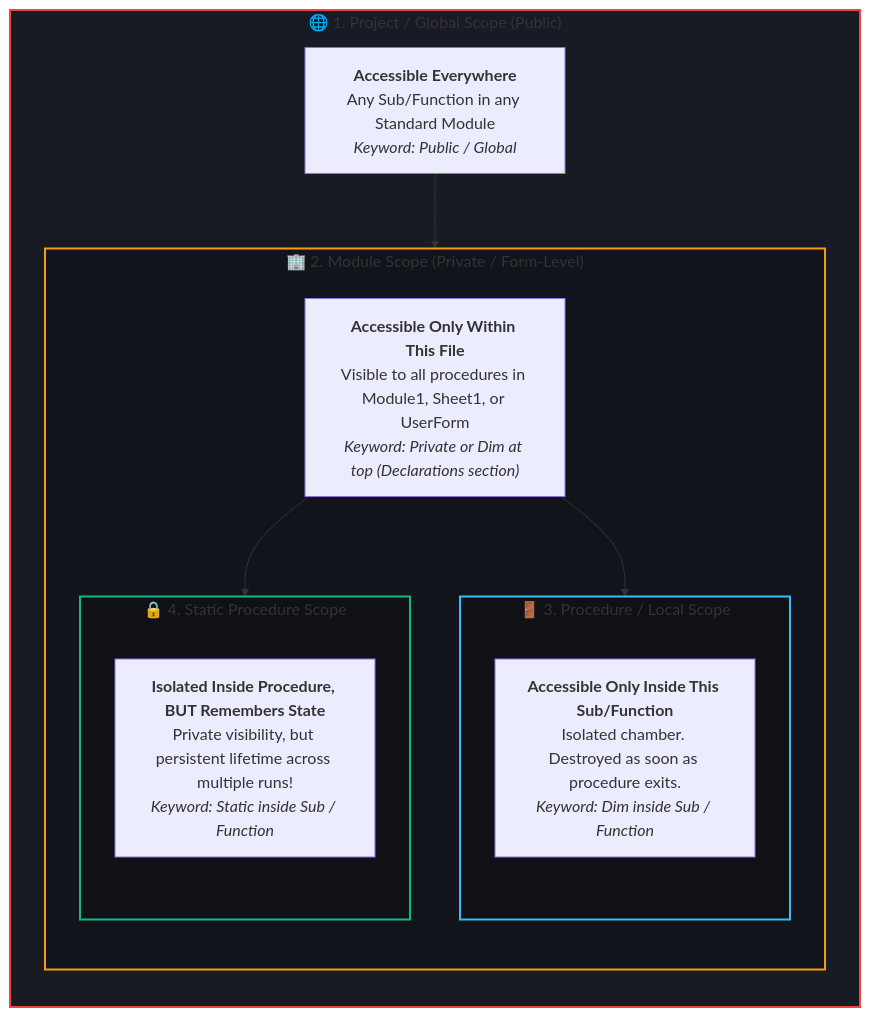
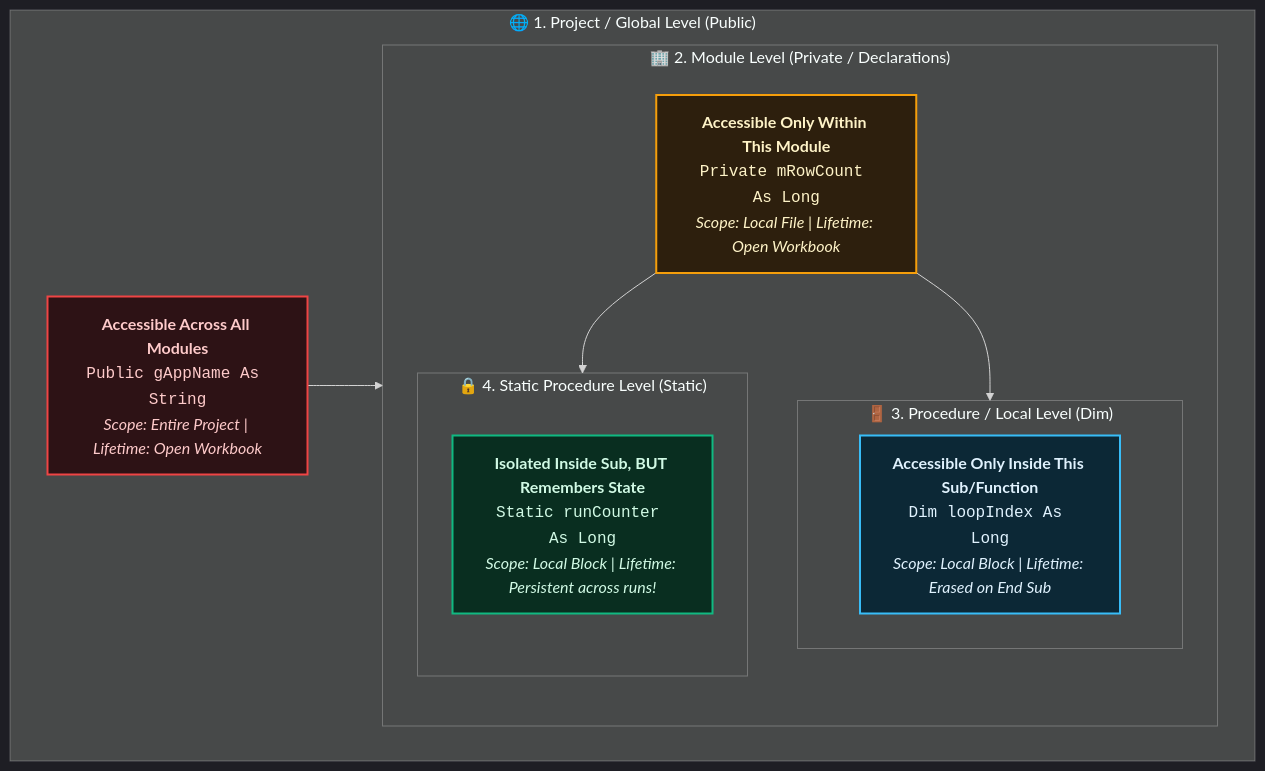
One commit to Sohila-Khaled-Abbas/Excel-VBA-Second-Brain changed the first of 3 diagrams in 02 - VBA Fundamentals/Scope/Scope.md. Above: the diagram before and after it, drawn with Mermaid. The commit also changed other lines of this file and 23 other files, not shown here.

Commit message:
feat: modernize vault diagrams with dark-theme Excel mockup UI, responsive card grids, and high-contrast Mermaid themes

````diff
--- a/02 - VBA Fundamentals/Scope/Scope.md
+++ b/02 - VBA Fundamentals/Scope/Scope.md
@@ -42,31 +42,28 @@
 ```mermaid
+%%{init: {'theme': 'dark', 'themeVariables': { 'darkMode': true, 'fontFamily': 'Inter, sans-serif' }}}%%
 flowchart TD
-    subgraph GlobalLevel["🌐 1. Project / Global Scope (Public)"]
-        direction TB
-        G["<b>Accessible Everywhere</b><br/>Any Sub/Function in any Standard Module<br/><i>Keyword: Public / Global</i>"]
+    subgraph GlobalLevel["🌐 1. Project / Global Level (Public)"]
+        G["<b>Accessible Across All Modules</b><br/><code>Public gAppName As String</code><br/><i>Scope: Entire Project | Lifetime: Open Workbook</i>"]:::globalNode
         
-        subgraph ModuleLevel["🏢 2. Module Scope (Private / Form-Level)"]
-            direction TB
-            M["<b>Accessible Only Within This File</b><br/>Visible to all procedures in Module1, Sheet1, or UserForm<br/><i>Keyword: Private or Dim at top (Declarations section)</i>"]
+        subgraph ModuleLevel["🏢 2. Module Level (Private / Declarations)"]
+            M["<b>Accessible Only Within This Module</b><br/><code>Private mRowCount As Long</code><br/><i>Scope: Local File | Lifetime: Open Workbook</i>"]:::moduleNode
             
-            subgraph ProcLevel["🚪 3. Procedure / Local Scope"]
-                direction TB
-                P["<b>Accessible Only Inside This Sub/Function</b><br/>Isolated chamber. Destroyed as soon as procedure exits.<br/><i>Keyword: Dim inside Sub / Function</i>"]
+            subgraph ProcLevel["🚪 3. Procedure / Local Level (Dim)"]
+                P["<b>Accessible Only Inside This Sub/Function</b><br/><code>Dim loopIndex As Long</code><br/><i>Scope: Local Block | Lifetime: Erased on End Sub</i>"]:::procNode
             end
             
-            subgraph StaticLevel["🔒 4. Static Procedure Scope"]
-                direction TB
-                S["<b>Isolated Inside Procedure, BUT Remembers State</b><br/>Private visibility, but persistent lifetime across multiple runs!<br/><i>Keyword: Static inside Sub / Function</i>"]
+            subgraph StaticLevel["🔒 4. Static Procedure Level (Static)"]
+                S["<b>Isolated Inside Sub, BUT Remembers State</b><br/><code>Static runCounter As Long</code><br/><i>Scope: Local Block | Lifetime: Persistent across runs!</i>"]:::staticNode
             end
         end
     end
 
     G --> ModuleLevel
     M --> ProcLevel
     M --> StaticLevel
-    
-    style GlobalLevel fill:#181a24,stroke:#ef4444,stroke-width:2px
-    style ModuleLevel fill:#12141c,stroke:#f59e0b,stroke-width:2px
-    style ProcLevel fill:#0f1117,stroke:#38bdf8,stroke-width:2px
-    style StaticLevel fill:#0f1117,stroke:#10b981,stroke-width:2px
+
+    classDef globalNode fill:#2d1215,stroke:#ef4444,stroke-width:2px,color:#fecaca;
+    classDef moduleNode fill:#2d1f0d,stroke:#f59e0b,stroke-width:2px,color:#fef3c7;
+    classDef procNode fill:#0c2836,stroke:#38bdf8,stroke-width:2px,color:#e0f2fe;
+    classDef staticNode fill:#092e20,stroke:#10b981,stroke-width:2px,color:#d1fae5;
 ```
````
